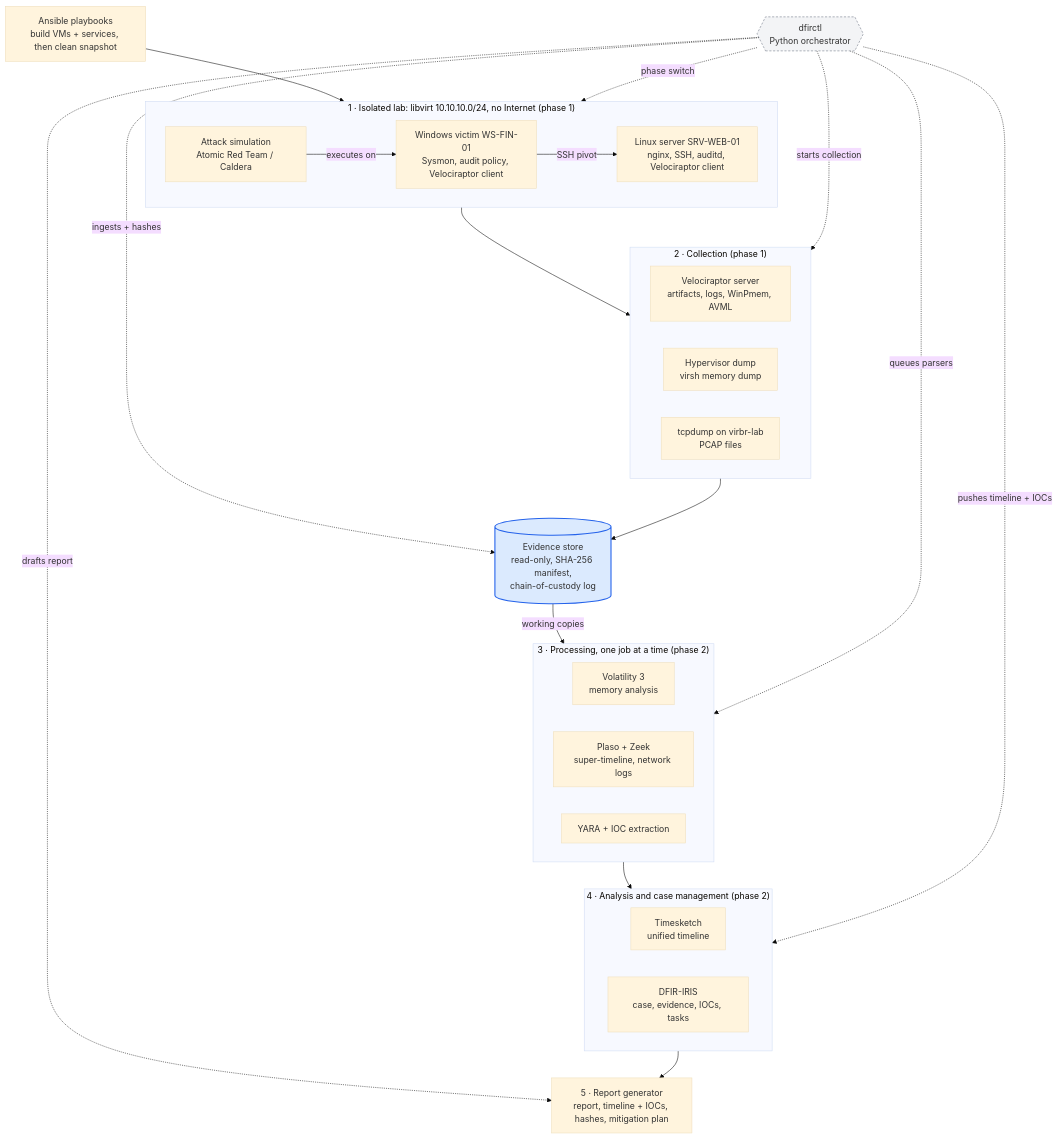
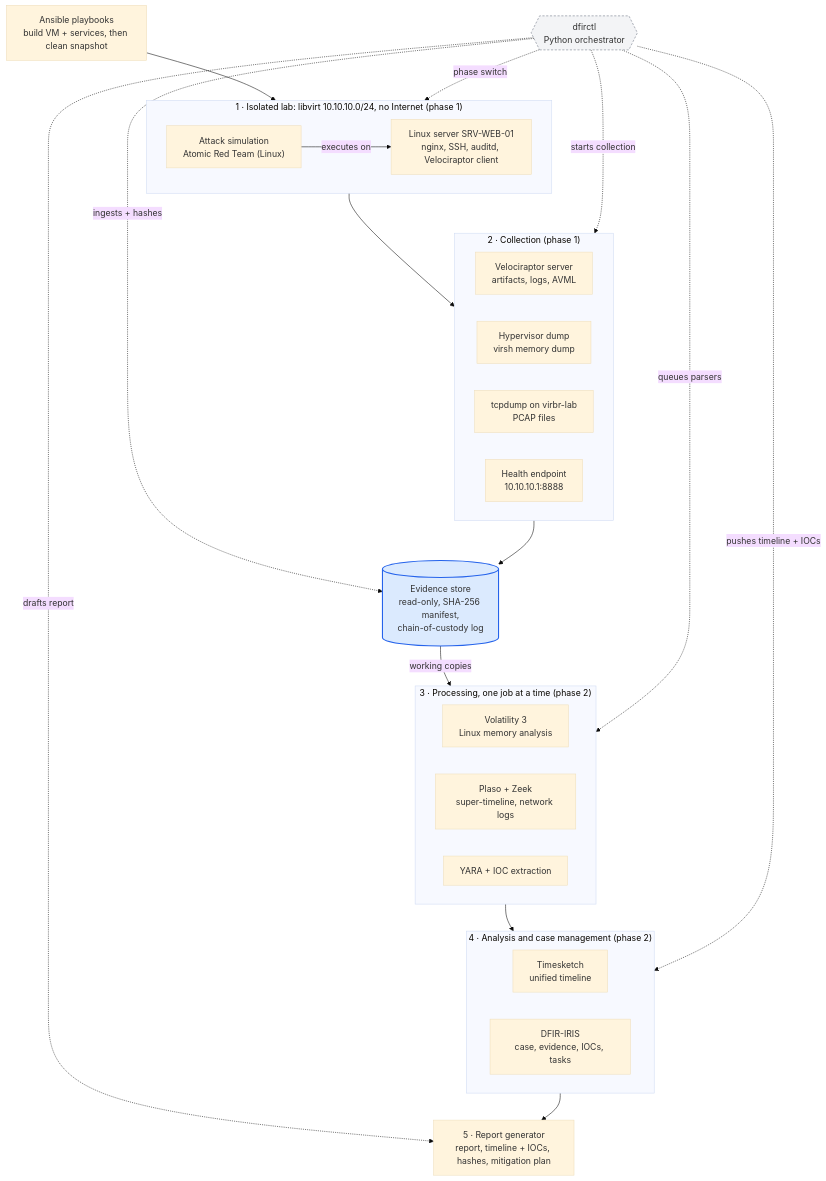
The diagram in docs/architecture.md (Mouadh-sys/DFIR-Platform), drawn with Mermaid (base theme) before and after one commit. The commit also changed other lines of this file and 12 other files, not shown here.

````diff
--- a/docs/architecture.md
+++ b/docs/architecture.md
@@ -34,59 +34,57 @@
 ```mermaid
 flowchart TB
-    ANS["Ansible playbooks<br/>build VMs + services, then clean snapshot"]
+    ANS["Ansible playbooks<br/>build VM + services, then clean snapshot"]
 
     subgraph LAB["1 · Isolated lab: libvirt 10.10.10.0/24, no Internet (phase 1)"]
         direction LR
-        WIN["Windows victim WS-FIN-01<br/>Sysmon, audit policy, Velociraptor client"]
         LNX["Linux server SRV-WEB-01<br/>nginx, SSH, auditd, Velociraptor client"]
-        ATK["Attack simulation<br/>Atomic Red Team / Caldera"]
-        ATK -->|executes on| WIN
-        WIN -->|SSH pivot| LNX
+        ATK["Attack simulation<br/>Atomic Red Team (Linux)"]
+        ATK -->|executes on| LNX
     end
 
     subgraph COL["2 · Collection (phase 1)"]
         direction LR
-        VELO["Velociraptor server<br/>artifacts, logs, WinPmem, AVML"]
+        VELO["Velociraptor server<br/>artifacts, logs, AVML"]
         VIRSH["Hypervisor dump<br/>virsh memory dump"]
         PCAP["tcpdump on virbr-lab<br/>PCAP files"]
+        HEALTH["Health endpoint<br/>10.10.10.1:8888"]
     end
 
     STORE[("Evidence store<br/>read-only, SHA-256 manifest,<br/>chain-of-custody log")]
 
     subgraph PROC["3 · Processing, one job at a time (phase 2)"]
         direction LR
-        VOL["Volatility 3<br/>memory analysis"]
+        VOL["Volatility 3<br/>Linux memory analysis"]
         PLASO["Plaso + Zeek<br/>super-timeline, network logs"]
         YARA["YARA + IOC extraction"]
     end
 
     subgraph CASE["4 · Analysis and case management (phase 2)"]
         direction LR
         TS["Timesketch<br/>unified timeline"]
         IRIS["DFIR-IRIS<br/>case, evidence, IOCs, tasks"]
     end
 
     REP["5 · Report generator<br/>report, timeline + IOCs, hashes, mitigation plan"]
 
     CTL{{"dfirctl<br/>Python orchestrator"}}
 
     ANS --> LAB
     LAB --> COL
     COL --> STORE
     STORE -->|working copies| PROC
     PROC --> CASE
     CASE --> REP
 
     CTL -.->|phase switch| LAB
     CTL -.->|starts collection| COL
     CTL -.->|ingests + hashes| STORE
     CTL -.->|queues parsers| PROC
     CTL -.->|pushes timeline + IOCs| CASE
     CTL -.->|drafts report| REP
 
     classDef store fill:#dbeafe,stroke:#2563eb,stroke-width:2px
     classDef ctl fill:#f3f4f6,stroke:#6b7280,stroke-dasharray:4 3
     class STORE store
     class CTL ctl
-
 ```
````
